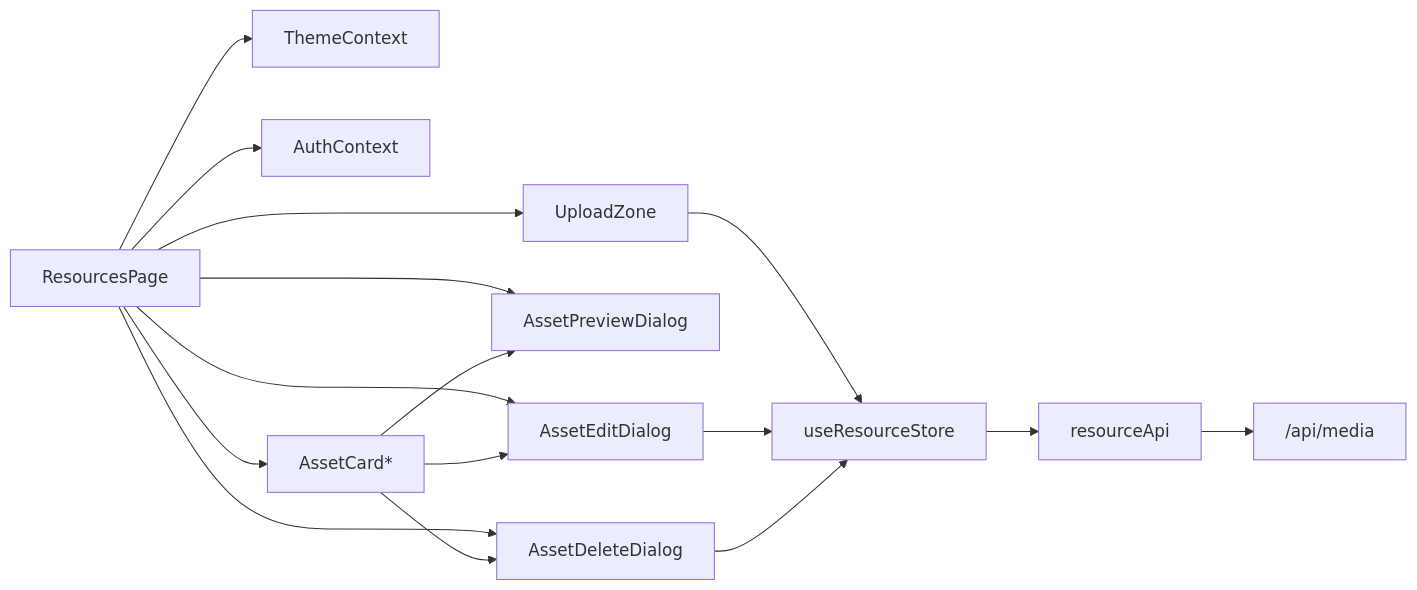
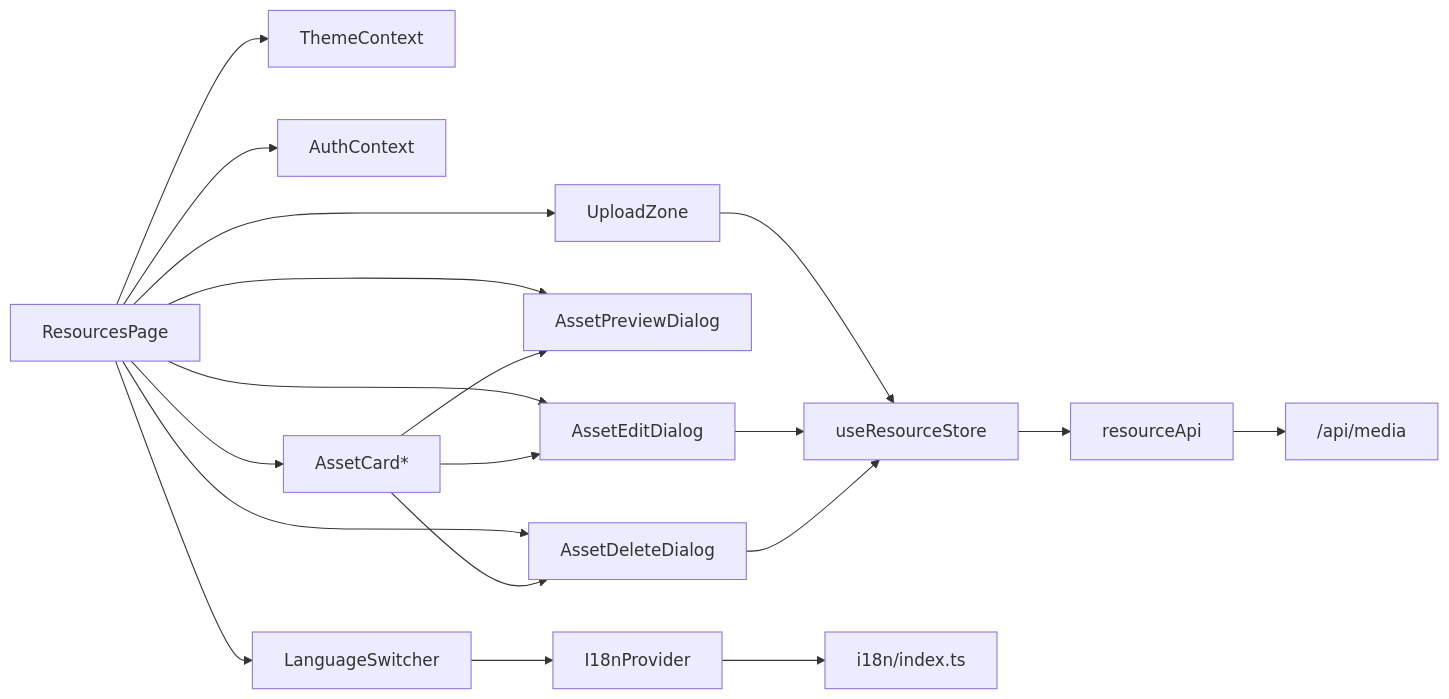
One commit to KunLabAI/KunFlix changed diagram 13 of 13 in .qoder/repowiki/zh/content/系统架构/前端架构/组件架构/资源管理组件.md. Above: the diagram before and after it, drawn with Mermaid. The commit also changed other lines of this file and 78 other files, not shown here.

````diff
--- a/.qoder/repowiki/zh/content/系统架构/前端架构/组件架构/资源管理组件.md
+++ b/.qoder/repowiki/zh/content/系统架构/前端架构/组件架构/资源管理组件.md
@@ -527,18 +625,21 @@
 ```mermaid
 graph LR
 Page["ResourcesPage"] --> Theme["ThemeContext"]
 Page --> Auth["AuthContext"]
 Page --> Upload["UploadZone"]
 Page --> Cards["AssetCard*"]
 Page --> D1["AssetPreviewDialog"]
 Page --> D2["AssetEditDialog"]
 Page --> D3["AssetDeleteDialog"]
+Page --> Lang["LanguageSwitcher"]
 Cards --> D1
 Cards --> D2
 Cards --> D3
 Upload --> Store["useResourceStore"]
 D2 --> Store
 D3 --> Store
 Store --> API["resourceApi"]
 API --> Router["/api/media"]
+Lang --> I18n["I18nProvider"]
+I18n --> I18nIndex["i18n/index.ts"]
 ```
````
